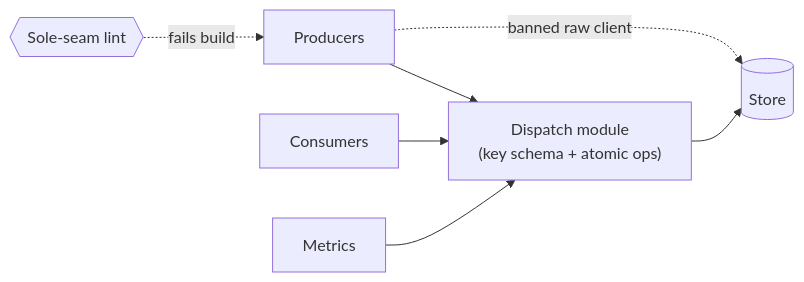
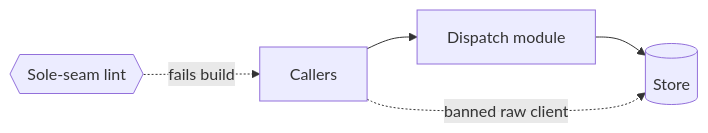
One commit to davisjam/agent-governance-mechanisms changed the diagram in book/appendix-fills/product/raw-redis-seam.md. Above: the diagram before and after it, drawn with Mermaid. The commit also changed 21 other files, not shown here.

````diff
--- a/book/appendix-fills/product/raw-redis-seam.md
+++ b/book/appendix-fills/product/raw-redis-seam.md
@@ -34,9 +34,7 @@
 ```mermaid
 flowchart LR
-  P[Producers] --> Seam
-  C[Consumers] --> Seam
-  M[Metrics] --> Seam
-  Seam["Dispatch module<br/>(key schema + atomic ops)"] --> R[(Store)]
-  P -. banned raw client .-> R
-  L{{Sole-seam lint}} -. fails build .-> P
+  Callers[Callers] --> Seam[Dispatch module]
+  Seam --> Store[(Store)]
+  Callers -. banned raw client .-> Store
+  L{{Sole-seam lint}} -. fails build .-> Callers
 ```
````
